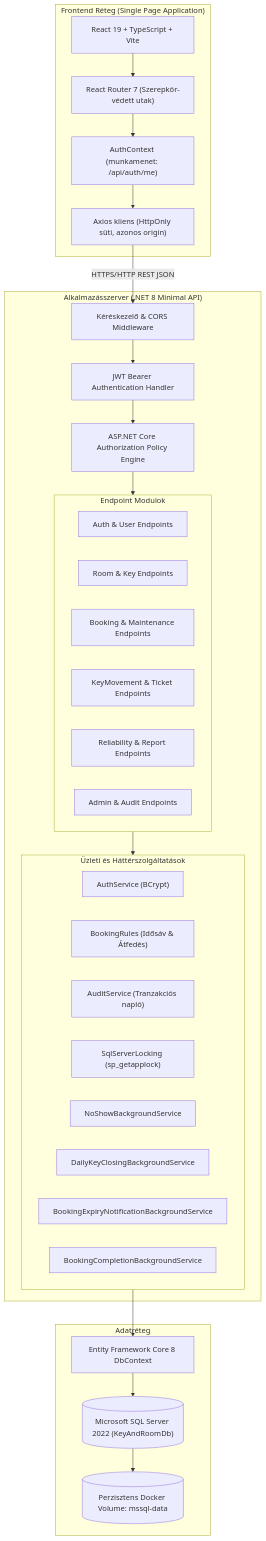
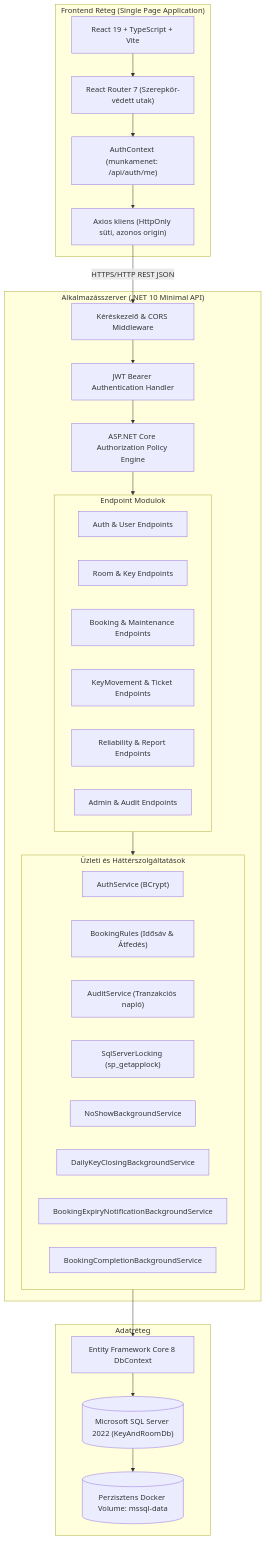
Before and after one commit to CsKitti24/ProjektLabor: the second of 4 diagrams in projektterv.md, drawn with Mermaid. The commit also changed other lines of this file and 65 other files, not shown here.

````diff
--- a/projektterv.md
+++ b/projektterv.md
@@ -75,48 +75,48 @@
 ```mermaid
 flowchart TB
     subgraph Kliens["Frontend Réteg (Single Page Application)"]
         UI["React 19 + TypeScript + Vite"]
         Router["React Router 7 (Szerepkör-védett utak)"]
         State["AuthContext (munkamenet: /api/auth/me)"]
         HTTP["Axios kliens (HttpOnly süti, azonos origin)"]
         UI --> Router --> State --> HTTP
     end
 
-    subgraph Backend["Alkalmazásszerver (.NET 8 Minimal API)"]
+    subgraph Backend["Alkalmazásszerver (.NET 10 Minimal API)"]
         GW["Kéréskezelő & CORS Middleware"]
         AuthM["JWT Bearer Authentication Handler"]
         RBAC["ASP.NET Core Authorization Policy Engine"]
         
         subgraph Endpoints["Endpoint Modulok"]
             EP_Auth["Auth & User Endpoints"]
             EP_Room["Room & Key Endpoints"]
             EP_Book["Booking & Maintenance Endpoints"]
             EP_Move["KeyMovement & Ticket Endpoints"]
             EP_Rel["Reliability & Report Endpoints"]
             EP_Admin["Admin & Audit Endpoints"]
         end
 
         subgraph Services["Üzleti és Háttérszolgáltatások"]
             S_Auth["AuthService (BCrypt)"]
             S_Rules["BookingRules (Idősáv & Átfedés)"]
             S_Audit["AuditService (Tranzakciós napló)"]
             S_Lock["SqlServerLocking (sp_getapplock)"]
             BG_NoShow["NoShowBackgroundService"]
             BG_Closing["DailyKeyClosingBackgroundService"]
             BG_Notif["BookingExpiryNotificationBackgroundService"]
             BG_Done["BookingCompletionBackgroundService"]
         end
 
         GW --> AuthM --> RBAC --> Endpoints
         Endpoints --> Services
     end
 
     subgraph Adatbázis["Adatréteg"]
         EF["Entity Framework Core 8 DbContext"]
         DB[("Microsoft SQL Server 2022 (KeyAndRoomDb)")]
         Vol[("Perzisztens Docker Volume: mssql-data")]
         Services --> EF --> DB --> Vol
     end
 
     HTTP -->|HTTPS/HTTP REST JSON| GW
 ```
````
